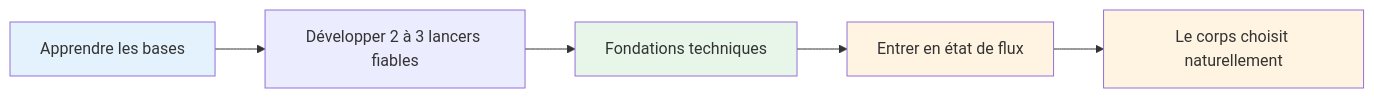
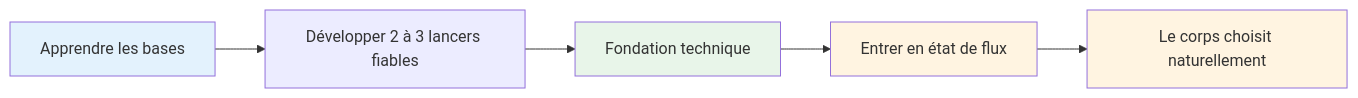
Before and after one commit to patwii/petanque-academy: the sixth of 6 diagrams in docs/fr/technical/throws.md, drawn with Mermaid. The commit also changed other lines of this file and 32 other files, not shown here.

````diff
--- a/docs/fr/technical/throws.md
+++ b/docs/fr/technical/throws.md
@@ -145,12 +145,12 @@
 ```mermaid
 graph LR
     A[Apprendre les bases] --> B[Développer 2 à 3 lancers fiables]
-    B --> C[Fondations techniques]
+    B --> C[Fondation technique]
     C --> D[Entrer en état de flux]
     D --> E[Le corps choisit naturellement]
 
     style A fill:#e3f2fd
     style C fill:#e8f5e9
     style D fill:#fff4e1
     style E fill:#fff4e1
 ```
````
